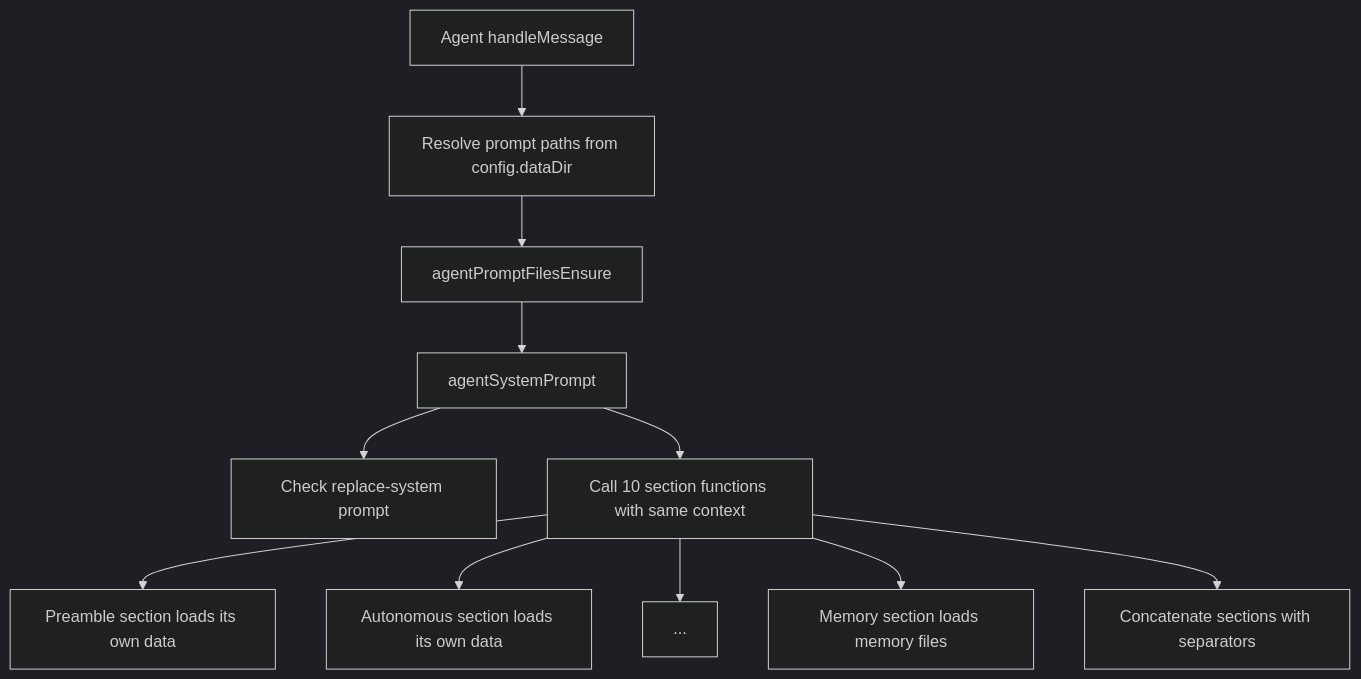
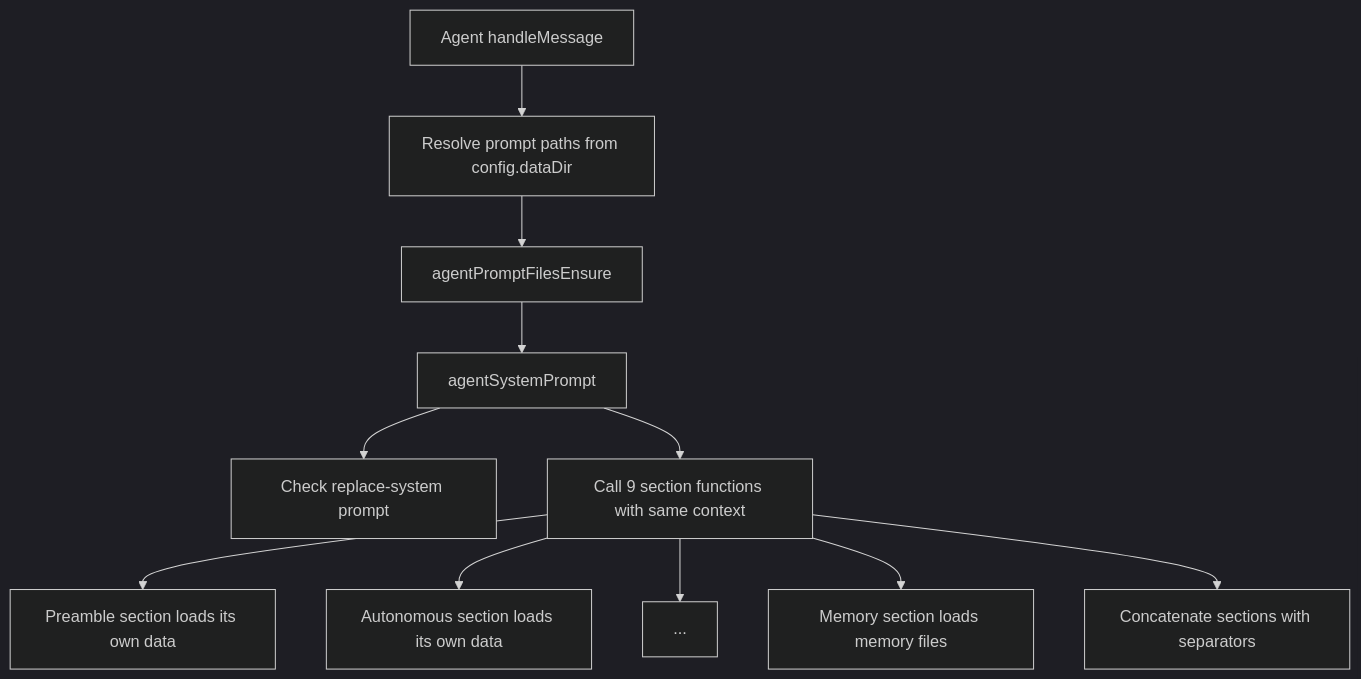
One commit to ex3ndr/daycare changed the second of 2 diagrams in doc/internals/agent-system-prompt.md. Above: the diagram before and after it, drawn with Mermaid (dark theme). The commit also changed other lines of this file and 5 other files, not shown here.

````diff
--- a/doc/internals/agent-system-prompt.md
+++ b/doc/internals/agent-system-prompt.md
@@ -47,13 +46,13 @@
 ```mermaid
 flowchart TD
   A[Agent handleMessage] --> A1[Resolve prompt paths from config.dataDir]
   A1 --> A2[agentPromptFilesEnsure]
   A2 --> B[agentSystemPrompt]
   B --> C[Check replace-system prompt]
-  B --> D[Call 10 section functions with same context]
+  B --> D[Call 9 section functions with same context]
   D --> D1[Preamble section loads its own data]
   D --> D2[Autonomous section loads its own data]
   D --> D3[...]
   D --> D4[Memory section loads memory files]
   D --> E[Concatenate sections with separators]
 ```
````
